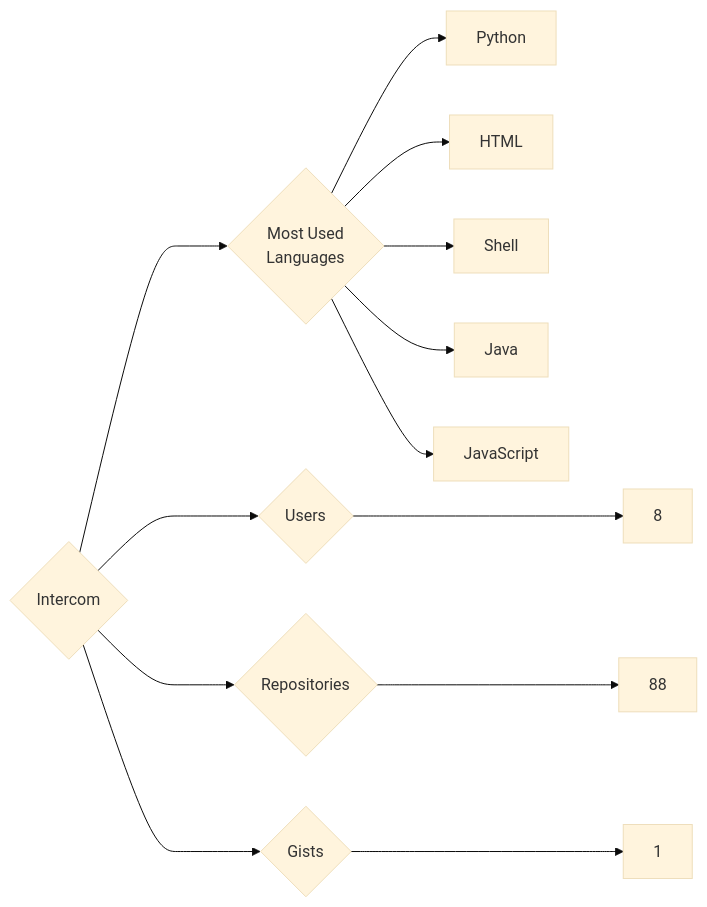
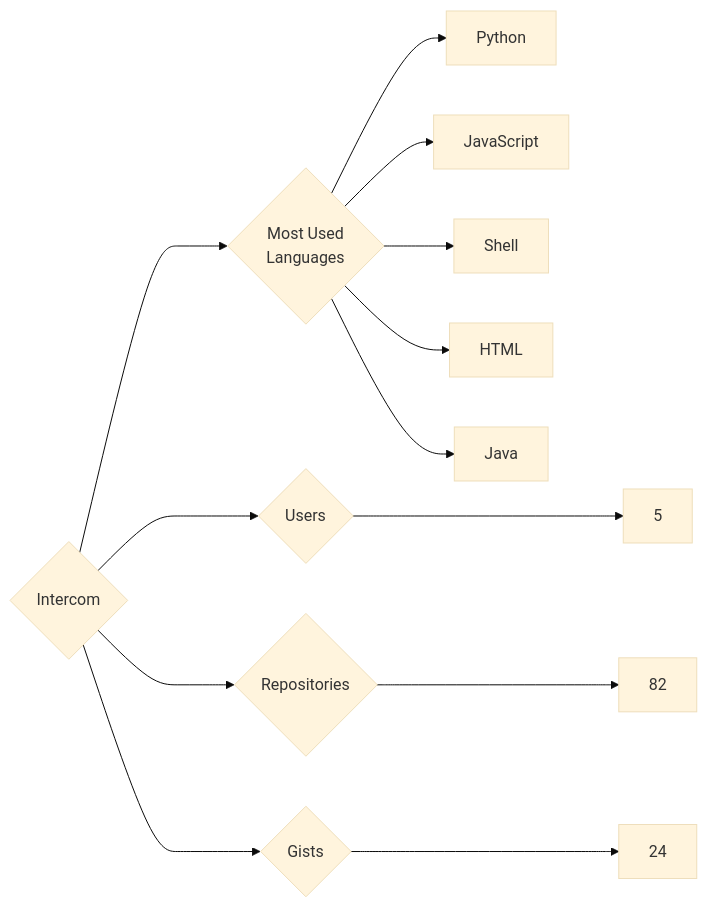
Before and after one commit to trickest/insiders: the diagram in targets/Intercom/README.md, drawn with Mermaid (base theme). The commit also changed 776 other files, not shown here.

````diff
--- a/targets/Intercom/README.md
+++ b/targets/Intercom/README.md
@@ -3,13 +3,13 @@
 ```mermaid
 graph LR
 COMPANY_NAME{Intercom}
-COMPANY_NAME ---> U{Users} ---> UN[8]
-COMPANY_NAME ---> R{Repositories} ---> RN[88]
-COMPANY_NAME ---> G{Gists} ---> GN[1]
+COMPANY_NAME ---> U{Users} ---> UN[5]
+COMPANY_NAME ---> R{Repositories} ---> RN[82]
+COMPANY_NAME ---> G{Gists} ---> GN[24]
 COMPANY_NAME ---> ML{Most Used<br>Languages}
 ML --> Python[Python]
+ML --> JavaScript[JavaScript]
+ML --> Shell[Shell]
 ML --> HTML[HTML]
-ML --> Shell[Shell]
 ML --> Java[Java]
-ML --> JavaScript[JavaScript]
 ```
````
